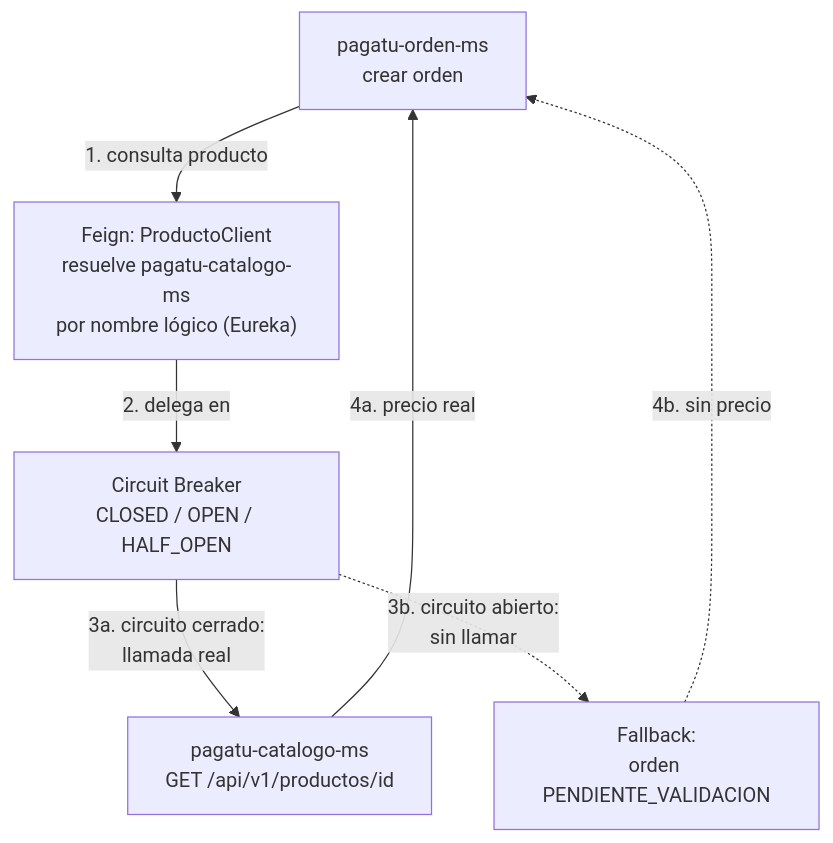
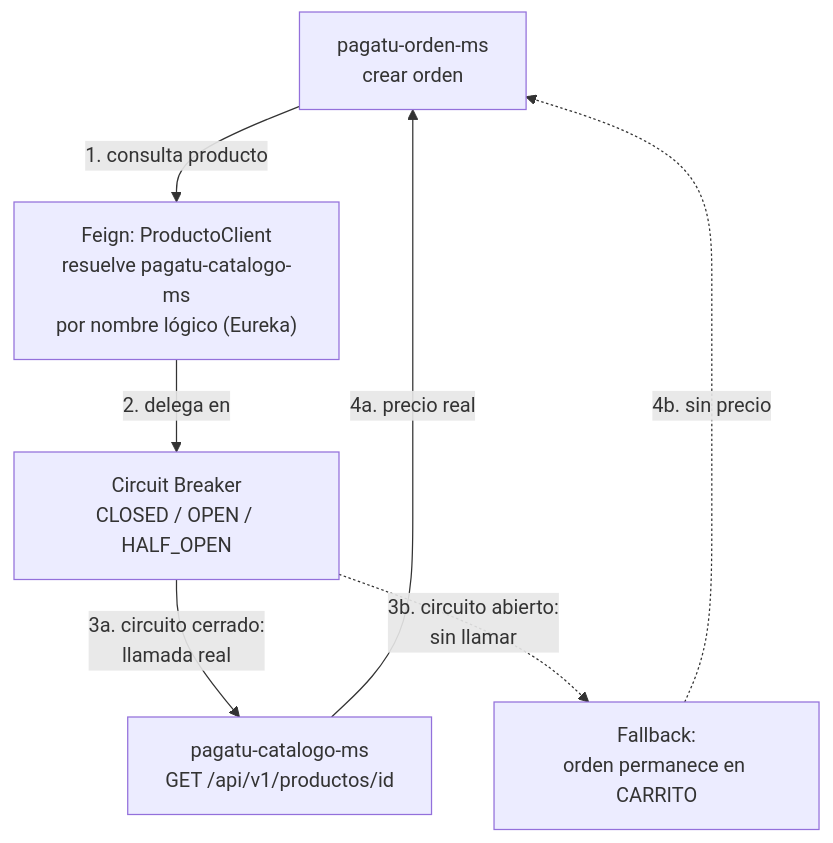
The second of 6 diagrams in docs/sesiones/S06_Comunicacion_Sincrona_Resiliente.md (262dist/pagatu), drawn with Mermaid before and after one commit. The commit also changed other lines of this file and 62 other files, not shown here.

````diff
--- a/docs/sesiones/S06_Comunicacion_Sincrona_Resiliente.md
+++ b/docs/sesiones/S06_Comunicacion_Sincrona_Resiliente.md
@@ -131,15 +131,15 @@
 ```mermaid
 flowchart TB
     Orden["pagatu-orden-ms<br/>crear orden"]
     Feign["Feign: ProductoClient<br/>resuelve pagatu-catalogo-ms<br/>por nombre lógico (Eureka)"]
     CB["Circuit Breaker<br/>CLOSED / OPEN / HALF_OPEN"]
     Catalogo["pagatu-catalogo-ms<br/>GET /api/v1/productos/id"]
-    Fallback["Fallback:<br/>orden PENDIENTE_VALIDACION"]
+    Fallback["Fallback:<br/>orden permanece en CARRITO"]
 
     Orden -->|"1. consulta producto"| Feign
     Feign -->|"2. delega en"| CB
     CB -->|"3a. circuito cerrado:<br/>llamada real"| Catalogo
     CB -.->|"3b. circuito abierto:<br/>sin llamar"| Fallback
     Catalogo -->|"4a. precio real"| Orden
     Fallback -.->|"4b. sin precio"| Orden
 ```
````
